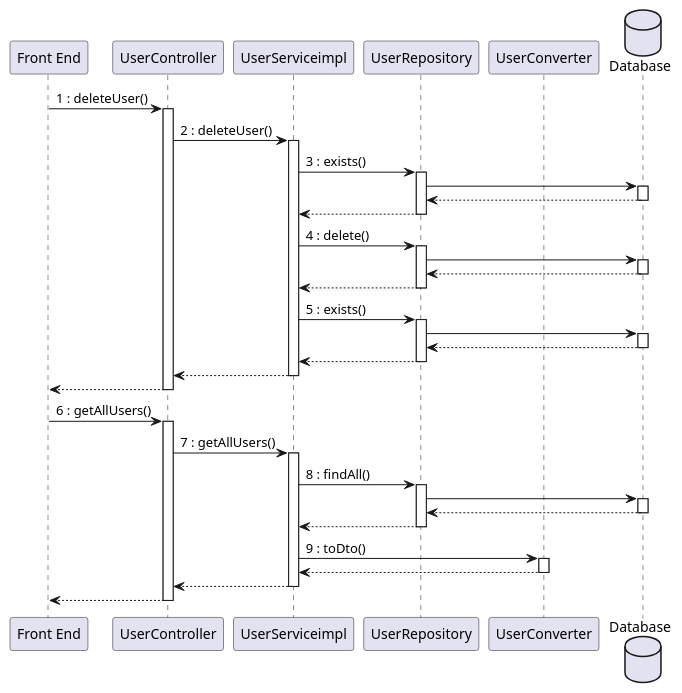
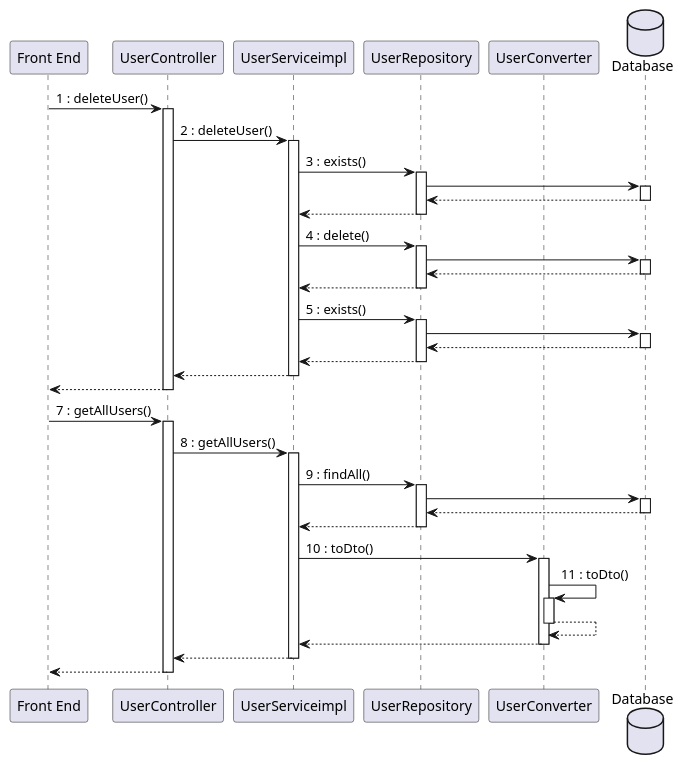
One commit to mosTavassoli/ezgas changed the seventh of 15 diagrams in docs/DesignDocument.md. Above: the diagram before and after it, drawn with PlantUML. The commit also changed other lines of this file, not shown here.

Commit message:
docs(DesignDocument): edit sequence diagram

````diff
--- a/docs/DesignDocument.md
+++ b/docs/DesignDocument.md
@@ -565,43 +571,46 @@
 ```plantuml
 database Database order 30
 "Front End" -> UserController:1 : deleteUser()
 activate UserController
 UserController -> UserServiceimpl:2 : deleteUser()
 activate UserServiceimpl
 UserServiceimpl -> UserRepository:3 : exists()
 activate UserRepository
 UserRepository -> Database
 activate Database
 return
 return
 UserServiceimpl -> UserRepository:4 : delete()
 activate UserRepository
 UserRepository -> Database
 activate Database
 return
 return
 UserServiceimpl -> UserRepository:5 : exists()
 activate UserRepository
 UserRepository -> Database
 activate Database
 return
 return
 return
 return
 
-"Front End" -> UserController:6 : getAllUsers()
+"Front End" -> UserController:7 : getAllUsers()
 activate UserController
-UserController -> UserServiceimpl:7 : getAllUsers()
+UserController -> UserServiceimpl:8 : getAllUsers()
 activate UserServiceimpl
-UserServiceimpl -> UserRepository:8 : findAll()
+UserServiceimpl -> UserRepository:9 : findAll()
 activate UserRepository
 UserRepository -> Database
 activate Database
 return
 return
-UserServiceimpl -> UserConverter:9 : toDto()
+UserServiceimpl -> UserConverter:10 : toDto()
+activate UserConverter
+UserConverter -> UserConverter:11 : toDto()
 activate UserConverter
 return
 return
 return
+return
 ```
````
